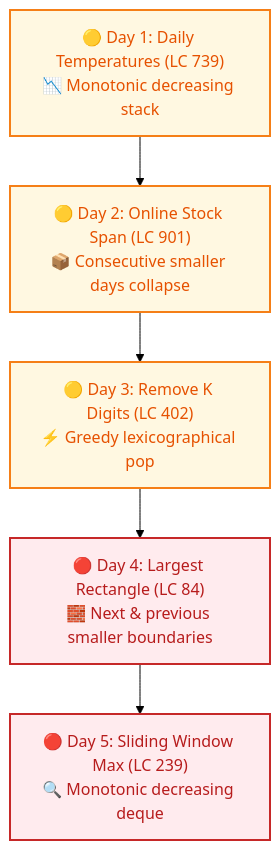
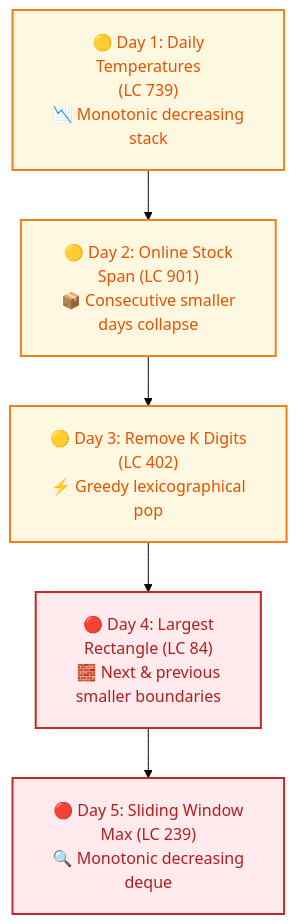
Before and after one commit to dip4k/DSA_102: the third of 19 diagrams in Senior_dsa_question_list.md, drawn with Mermaid (forest theme). The commit also changed other lines of this file and 108 other files, not shown here.

First line of the commit message:
fix(mermaid): resolve diagram clipping, padding, and syntax issues across repo

````diff
--- a/Senior_dsa_question_list.md
+++ b/Senior_dsa_question_list.md
@@ -134,14 +136,15 @@
 ```mermaid
+%%{init: {"flowchart": {"htmlLabels": true, "padding": 20}}}%%
 flowchart TD
     classDef startNode fill:#e8f5e9,stroke:#2e7d32,stroke-width:2px,color:#1b5e20
     classDef midNode fill:#fff8e1,stroke:#f57f17,stroke-width:2px,color:#e65100
     classDef hardNode fill:#ffebee,stroke:#c62828,stroke-width:2px,color:#b71c1c
 
-    A["🟡 Day 1: Daily Temperatures (LC 739)<br/>📉 Monotonic decreasing stack"]:::midNode
-    B["🟡 Day 2: Online Stock Span (LC 901)<br/>📦 Consecutive smaller days collapse"]:::midNode
-    C["🟡 Day 3: Remove K Digits (LC 402)<br/>⚡ Greedy lexicographical pop"]:::midNode
-    D["🔴 Day 4: Largest Rectangle (LC 84)<br/>🧱 Next & previous smaller boundaries"]:::hardNode
-    E["🔴 Day 5: Sliding Window Max (LC 239)<br/>🔍 Monotonic decreasing deque"]:::hardNode
+    A["🟡 Day 1: Daily<br/>Temperatures<br/>(LC 739)<br/>📉 Monotonic decreasing<br/>stack"]:::midNode
+    B["🟡 Day 2: Online Stock<br/>Span (LC 901)<br/>📦 Consecutive smaller<br/>days collapse"]:::midNode
+    C["🟡 Day 3: Remove K Digits<br/>(LC 402)<br/>⚡ Greedy lexicographical<br/>pop"]:::midNode
+    D["🔴 Day 4: Largest<br/>Rectangle (LC 84)<br/>🧱 Next & previous<br/>smaller boundaries"]:::hardNode
+    E["🔴 Day 5: Sliding Window<br/>Max (LC 239)<br/>🔍 Monotonic decreasing<br/>deque"]:::hardNode
 
     A --> B --> C --> D --> E
 ```
````
